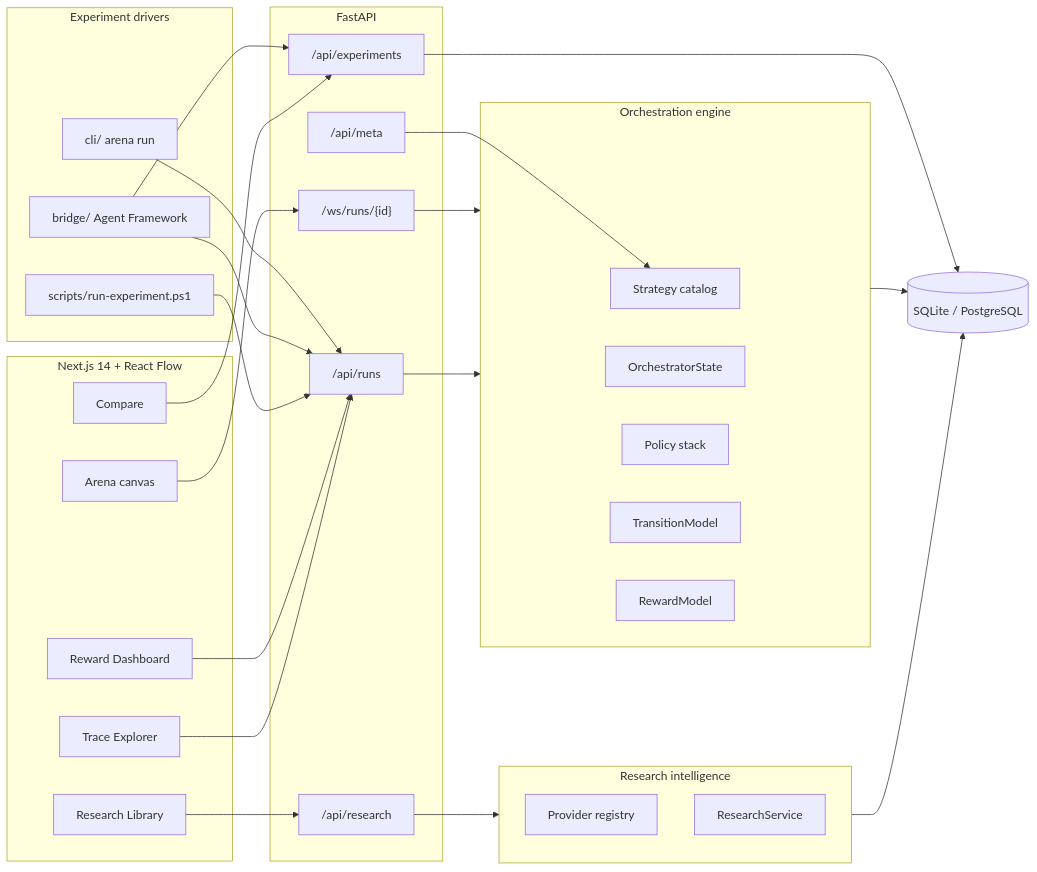
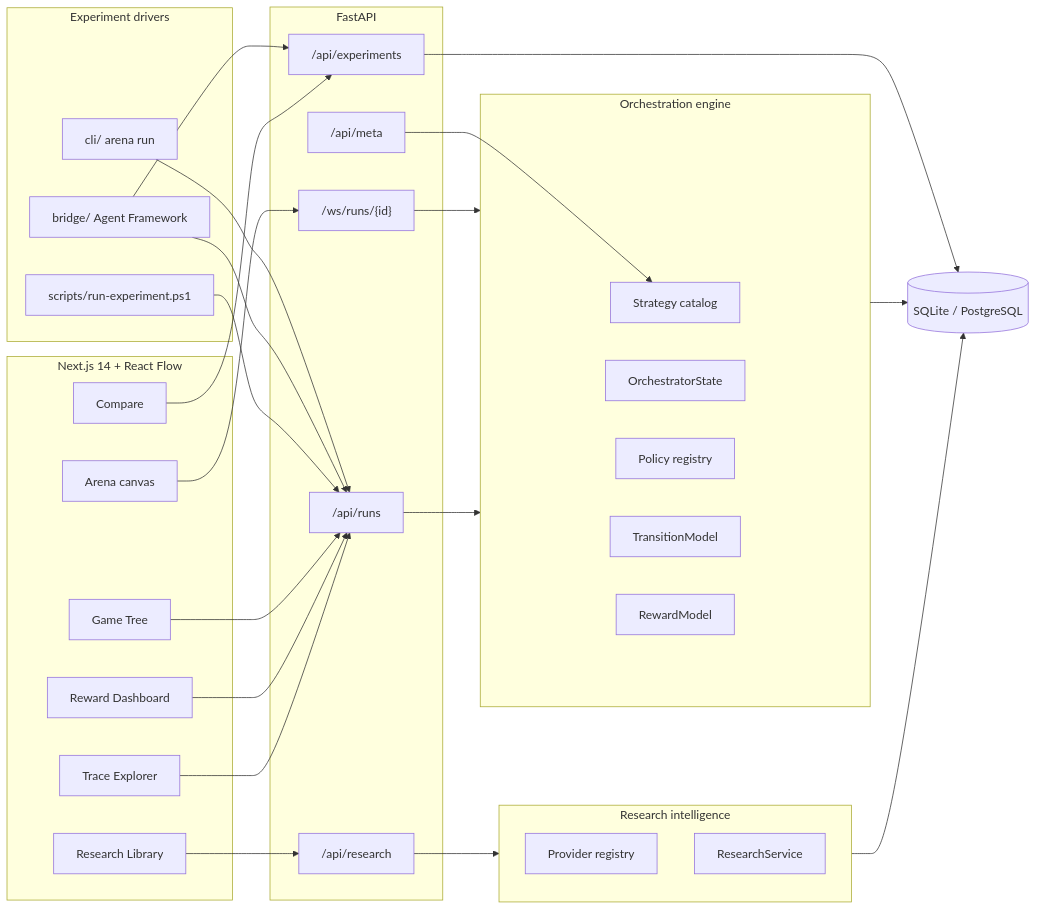
One commit to Bakar404/markov-agent-orchestrator changed the first of 3 diagrams in docs/Architecture.md. Above: the diagram before and after it, drawn with Mermaid. The commit also changed other lines of this file and 3 other files, not shown here.

````diff
--- a/docs/Architecture.md
+++ b/docs/Architecture.md
@@ -28,59 +28,61 @@
 ```mermaid
 flowchart LR
     subgraph Drivers["Experiment drivers"]
         Cli["cli/ arena run"]
         Bridge["bridge/ Agent Framework"]
         Script["scripts/run-experiment.ps1"]
     end
 
     subgraph Client["Next.js 14 + React Flow"]
         Arena[Arena canvas]
         Compare[Compare]
+        Tree[Game Tree]
         Rewards[Reward Dashboard]
         Traces[Trace Explorer]
         Library[Research Library]
     end
 
     subgraph API["FastAPI"]
         Meta["/api/meta"]
         Runs["/api/runs"]
         Experiments["/api/experiments"]
         Research["/api/research"]
         Socket["/ws/runs/{id}"]
     end
 
     subgraph Core["Orchestration engine"]
         Catalog[Strategy catalog]
         State[OrchestratorState]
-        Policy[Policy stack]
+        Policy[Policy registry]
         Kernel[TransitionModel]
         Reward[RewardModel]
     end
 
     subgraph Intel["Research intelligence"]
         Providers[Provider registry]
         Service[ResearchService]
     end
 
     Store[(SQLite / PostgreSQL)]
 
     Cli --> Runs
     Bridge --> Runs
     Script --> Runs
     Bridge --> Experiments
 
     Arena --> Socket
     Compare --> Experiments
+    Tree --> Runs
     Rewards --> Runs
     Traces --> Runs
     Library --> Research
 
     Socket --> Core
     Runs --> Core
     Meta --> Catalog
     Experiments --> Store
     Research --> Intel
 
     Core --> Store
     Intel --> Store
 ```
````
